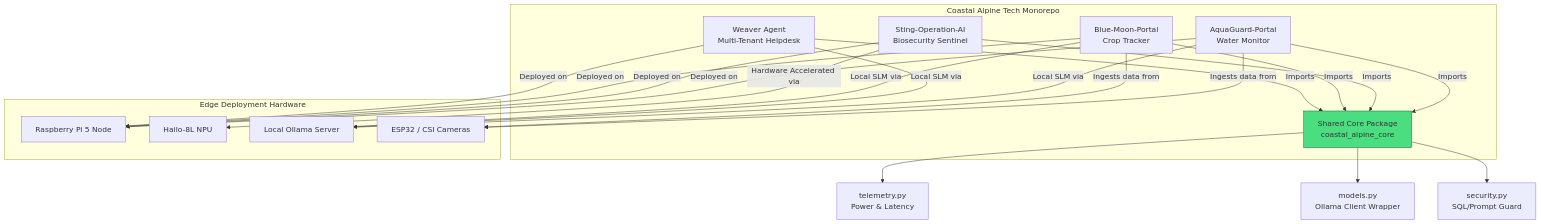
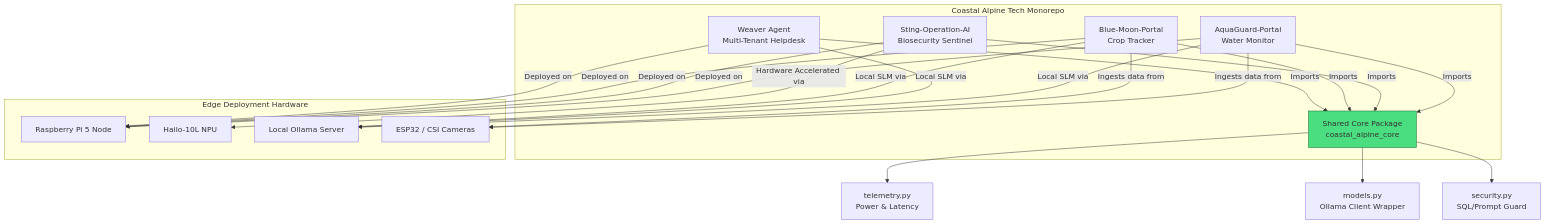
The diagram in README.md (fivepanelhat/coastal-alpine-stack), drawn with Mermaid before and after one commit. The commit also changed other lines of this file and 1 other file, not shown here.

Commit message:
Update hardware references to Hailo-10L, fix import, CI workflow, badges

````diff
--- a/README.md
+++ b/README.md
@@ -94,31 +94,31 @@
 ```mermaid
 flowchart TD
     subgraph "Coastal Alpine Tech Monorepo"
         Core[Shared Core Package <br/> coastal_alpine_core]
         
         Weaver[Weaver Agent <br/> Multi-Tenant Helpdesk]
         Moon[Blue-Moon-Portal <br/> Crop Tracker]
         Sting[Sting-Operation-AI <br/> Biosecurity Sentinel]
         Aqua[AquaGuard-Portal <br/> Water Monitor]
         
         Weaver & Moon & Sting & Aqua -->|Imports| Core
     end
     
     Core --> Telemetry[telemetry.py <br/> Power & Latency]
     Core --> Models[models.py <br/> Ollama Client Wrapper]
     Core --> Security[security.py <br/> SQL/Prompt Guard]
 
     subgraph "Edge Deployment Hardware"
         RPi[Raspberry Pi 5 Node]
-        Hailo[Hailo-8L NPU]
+        Hailo[Hailo-10L NPU]
         Ollama[Local Ollama Server]
         Sensors[ESP32 / CSI Cameras]
         
         Weaver & Moon & Sting & Aqua -->|Deployed on| RPi
         Sting -->|Hardware Accelerated via| Hailo
         Moon & Weaver & Aqua -->|Local SLM via| Ollama
         Moon & Aqua -->|Ingests data from| Sensors
     end
     
     style Core fill:#4ade80,stroke:#166534
 ```
````
